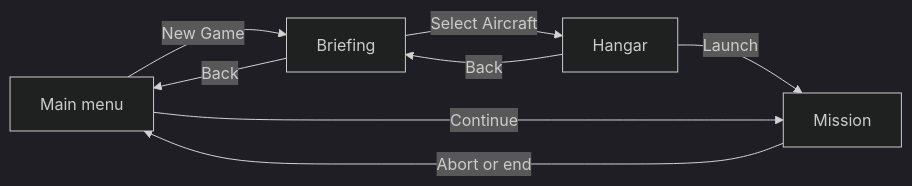
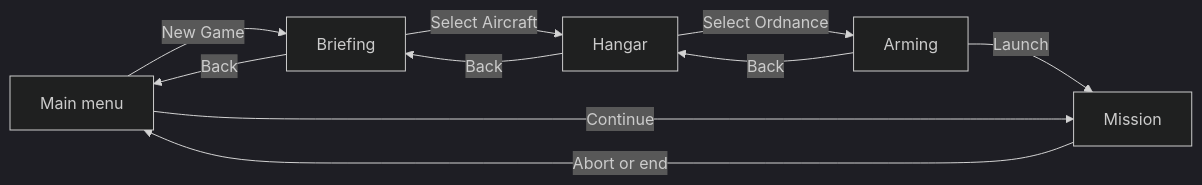
One commit to kgorecki/HeliStrike changed the second of 4 diagrams in docs/architecture.md. Above: the diagram before and after it, drawn with Mermaid (dark theme). The commit also changed other lines of this file and 17 other files, not shown here.

````diff
--- a/docs/architecture.md
+++ b/docs/architecture.md
@@ -59,10 +61,12 @@
 ```mermaid
 flowchart LR
   Menu["Main menu"] -->|New Game| Brief["Briefing"]
   Brief -->|Select Aircraft| Hangar["Hangar"]
-  Hangar -->|Launch| Mission["Mission"]
+  Hangar -->|Select Ordnance| Arming["Arming"]
+  Arming -->|Launch| Mission["Mission"]
   Menu -->|Continue| Mission
   Brief -->|Back| Menu
   Hangar -->|Back| Brief
+  Arming -->|Back| Hangar
   Mission -->|Abort or end| Menu
 ```
````
